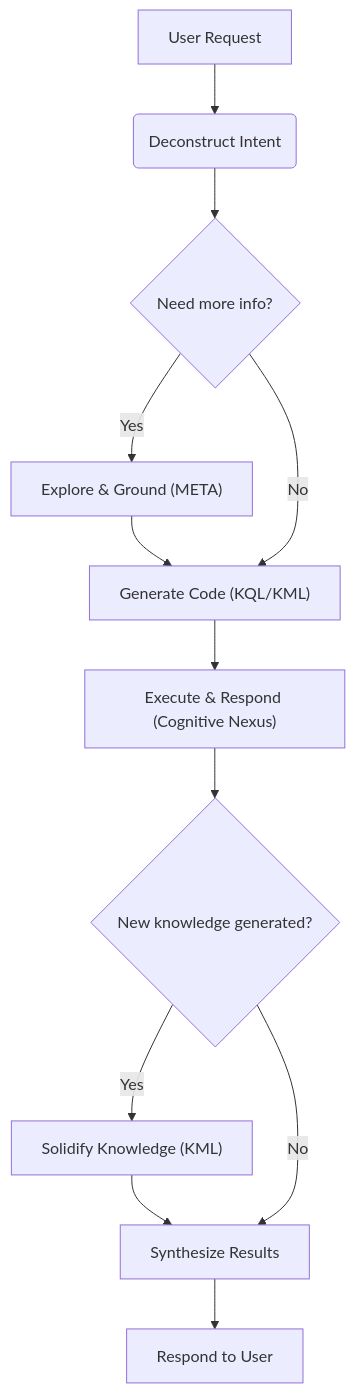
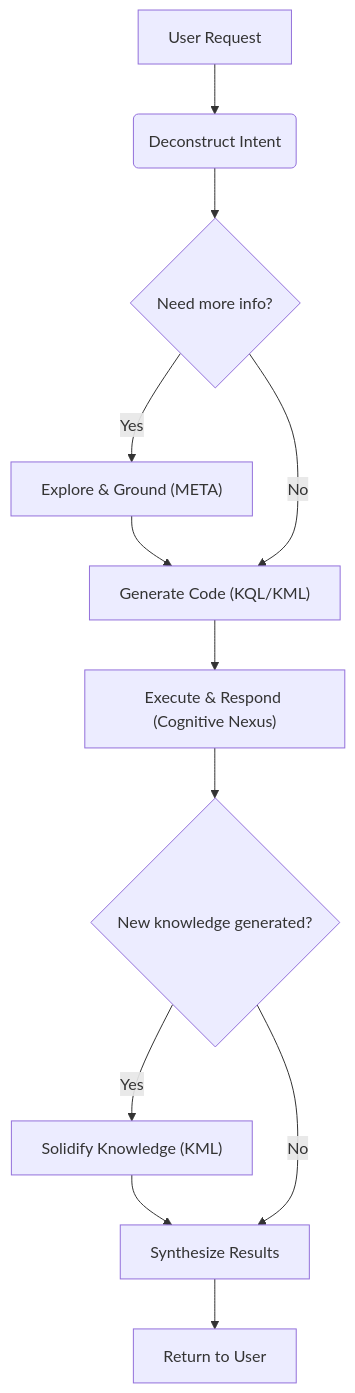
One commit to ldclabs/KIP changed the diagram in README.md. Above: the diagram before and after it, drawn with Mermaid. The commit also changed other lines of this file and 1 other file, not shown here.

````diff
--- a/README.md
+++ b/README.md
@@ -750,14 +792,14 @@
 ```mermaid
 graph TD
-    A[User Request] --> B(Deconstruct Intent)
-    B --> C{Need more info?}
-    C -- Yes --> D["Explore & Ground (META)"]
-    D --> E["Generate Code (KQL/KML)"]
-    C -- No --> E
-    E --> F["Execute & Respond (Cognitive Nexus)"]
-    F --> G{New knowledge generated?}
-    G -- Yes --> H["Solidify Knowledge (KML)"]
-    H --> I[Synthesize Results]
-    G -- No --> I
-    I --> J[Respond to User]
+    A[User Request] --> B(Deconstruct Intent);
+    B --> C{Need more info?};
+    C -- Yes --> D["Explore & Ground (META)"];
+    D --> E["Generate Code (KQL/KML)"];
+    C -- No --> E;
+    E --> F["Execute & Respond (Cognitive Nexus)"];
+    F --> G{New knowledge generated?};
+    G -- Yes --> H["Solidify Knowledge (KML)"];
+    H --> I[Synthesize Results];
+    G -- No --> I;
+    I --> J[Return to User];
 ```
````
